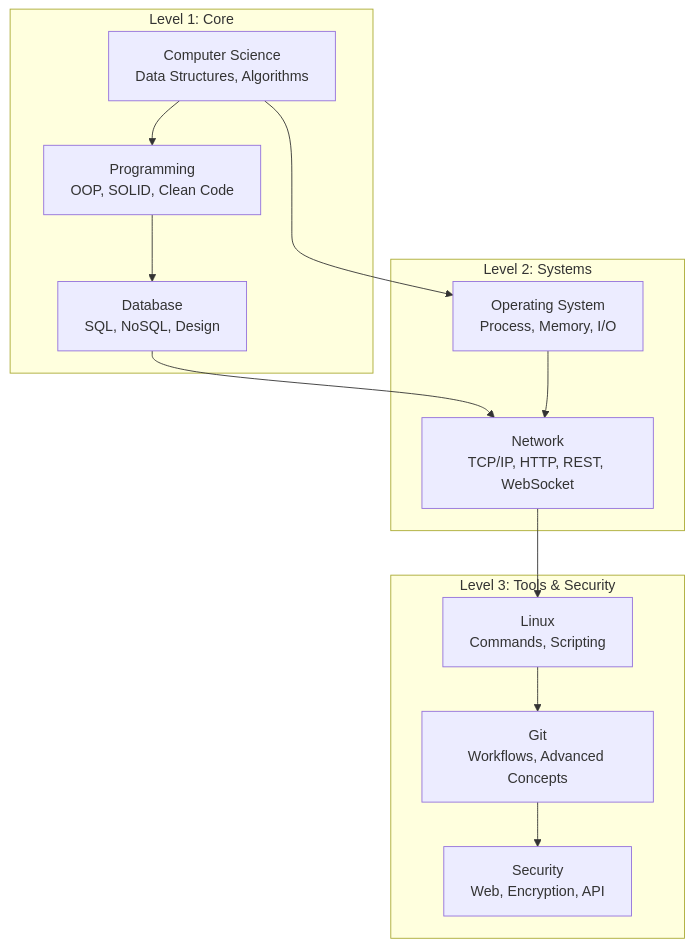
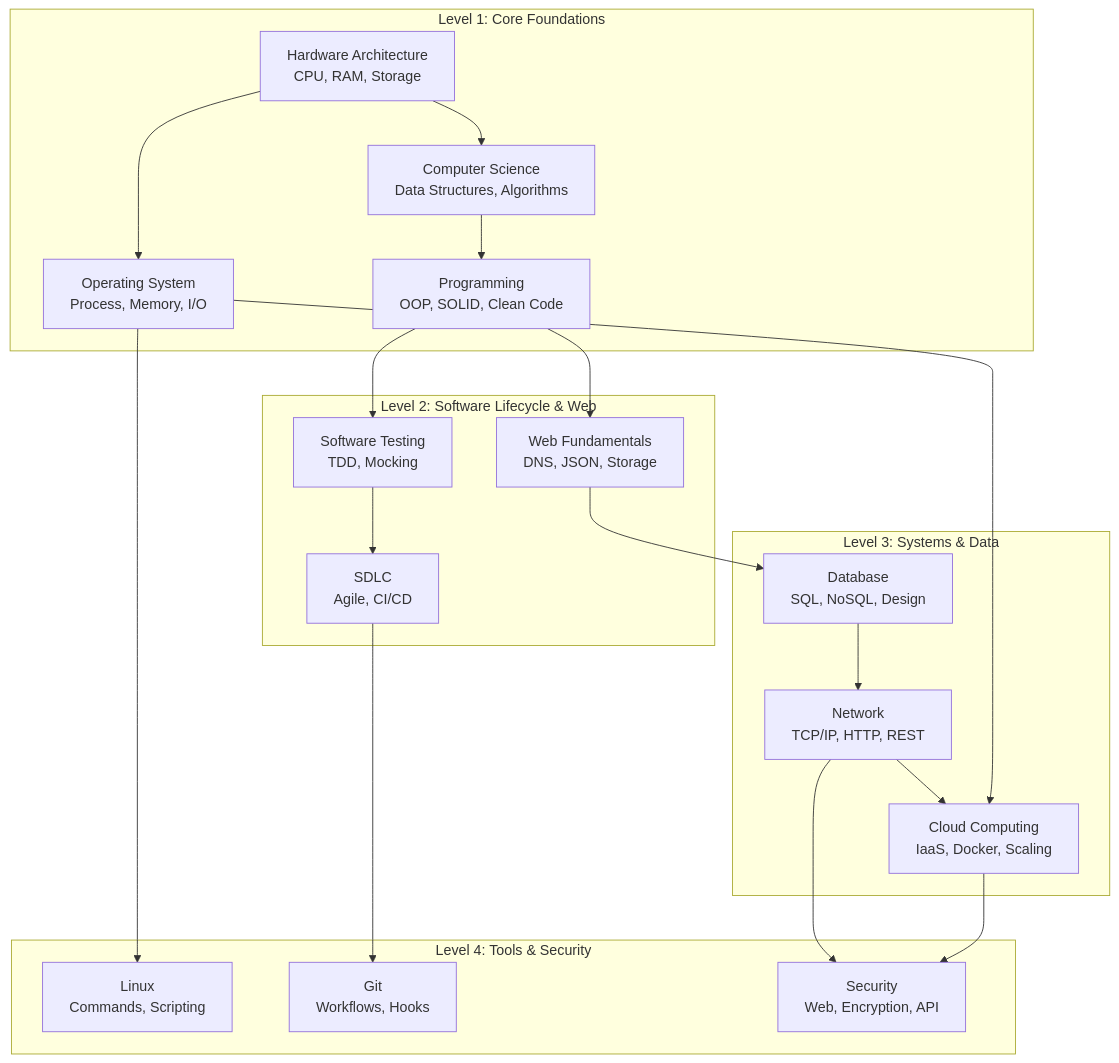
The diagram in 01-fundamentals/README.md (hotung9108/engineering-knowledge), drawn with Mermaid before and after one commit. The commit also changed other lines of this file, not shown here.

Commit message:
docs: expand 01-fundamentals roadmap with new categories

````diff
--- a/01-fundamentals/README.md
+++ b/01-fundamentals/README.md
@@ -9,19 +9,28 @@
 ```mermaid
 graph TD
-    subgraph "Level 1: Core"
-        CS["Computer Science<br/>Data Structures, Algorithms"] --> PROG["Programming<br/>OOP, SOLID, Clean Code"]
-        PROG --> DB["Database<br/>SQL, NoSQL, Design"]
+    subgraph "Level 1: Core Foundations"
+        HW["Hardware Architecture<br/>CPU, RAM, Storage"] --> OS["Operating System<br/>Process, Memory, I/O"]
+        HW --> CS["Computer Science<br/>Data Structures, Algorithms"]
+        CS --> PROG["Programming<br/>OOP, SOLID, Clean Code"]
     end
 
-    subgraph "Level 2: Systems"
-        DB --> NET["Network<br/>TCP/IP, HTTP, REST, WebSocket"]
-        CS --> OS["Operating System<br/>Process, Memory, I/O"]
-        OS --> NET
+    subgraph "Level 2: Software Lifecycle & Web"
+        PROG --> TEST["Software Testing<br/>TDD, Mocking"]
+        TEST --> SDLC["SDLC<br/>Agile, CI/CD"]
+        PROG --> WEB["Web Fundamentals<br/>DNS, JSON, Storage"]
     end
 
-    subgraph " Level 3: Tools & Security"
-        NET --> LINUX["Linux<br/>Commands, Scripting"]
-        LINUX --> GIT["Git<br/>Workflows, Advanced Concepts"]
-        GIT --> SEC["Security<br/>Web, Encryption, API"]
+    subgraph "Level 3: Systems & Data"
+        WEB --> DB["Database<br/>SQL, NoSQL, Design"]
+        DB --> NET["Network<br/>TCP/IP, HTTP, REST"]
+        NET --> CLOUD["Cloud Computing<br/>IaaS, Docker, Scaling"]
+        OS --> CLOUD
+    end
+
+    subgraph "Level 4: Tools & Security"
+        OS --> LINUX["Linux<br/>Commands, Scripting"]
+        SDLC --> GIT["Git<br/>Workflows, Hooks"]
+        NET --> SEC["Security<br/>Web, Encryption, API"]
+        CLOUD --> SEC
     end
 ```
````
